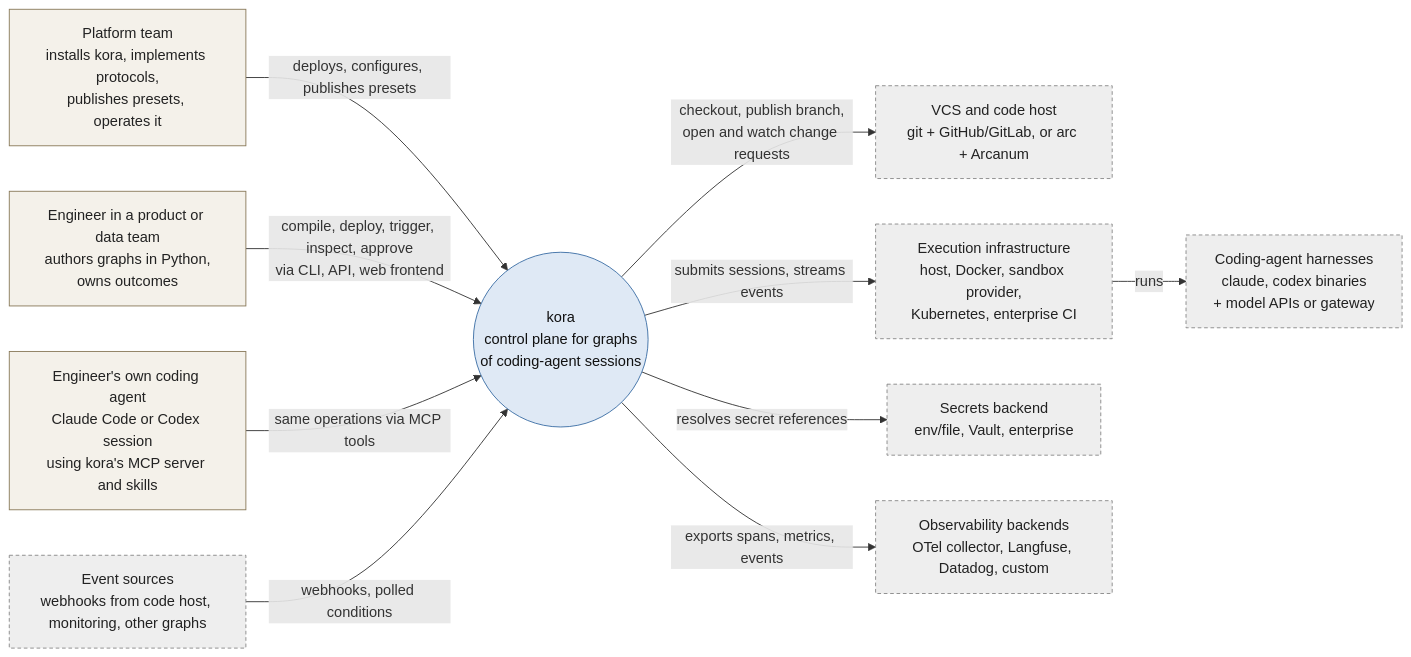
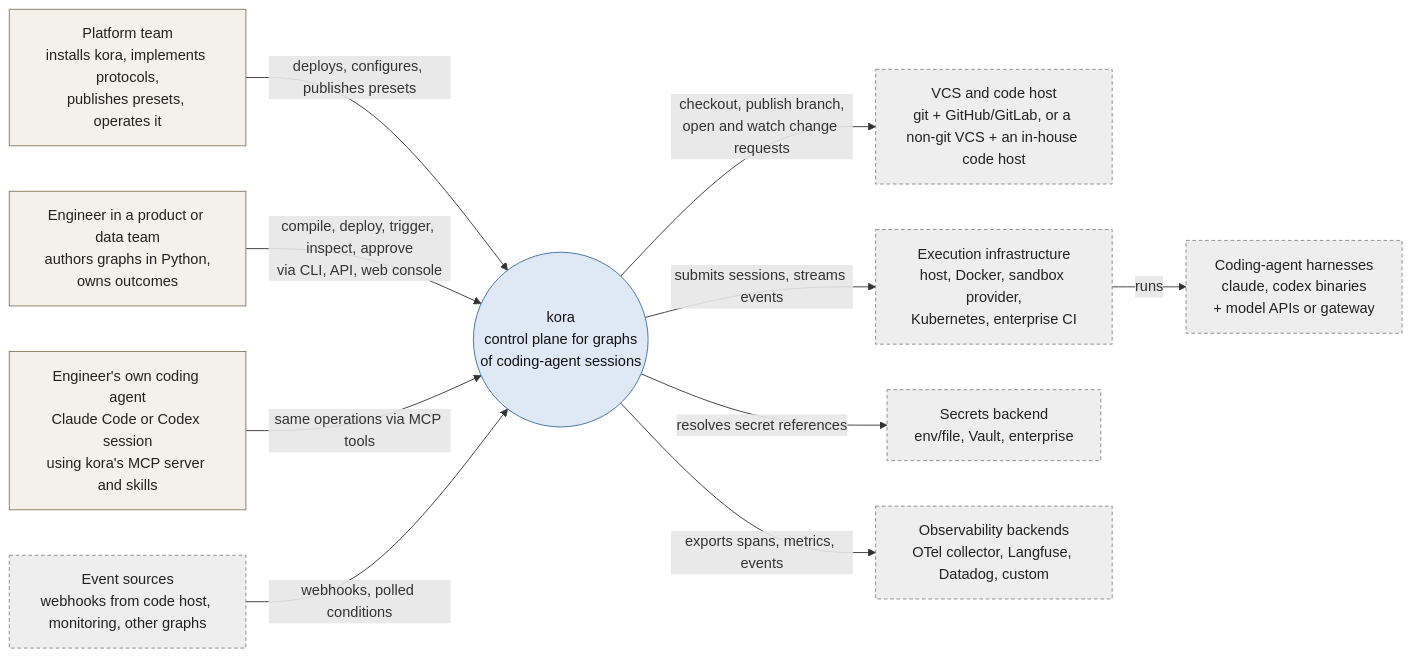
Before and after one commit to klukashka/kora: the first of 2 diagrams in docs/architecture.md, drawn with Mermaid. The commit also changed other lines of this file and 45 other files, not shown here.

````diff
--- a/docs/architecture.md
+++ b/docs/architecture.md
@@ -11,29 +11,29 @@
 ```mermaid
 flowchart LR
     classDef person fill:#f4f1ea,stroke:#8a7a5a,color:#222
     classDef system fill:#dfe9f5,stroke:#3b6ea5,color:#111
     classDef ext fill:#eeeeee,stroke:#888,color:#222,stroke-dasharray: 4 3
 
     PT[Platform team<br/>installs kora, implements protocols,<br/>publishes presets, operates it]:::person
     ENG[Engineer in a product or data team<br/>authors graphs in Python,<br/>owns outcomes]:::person
     UA[Engineer's own coding agent<br/>Claude Code or Codex session<br/>using kora's MCP server and skills]:::person
 
     KORA((kora<br/>control plane for graphs<br/>of coding-agent sessions)):::system
 
     HARN[Coding-agent harnesses<br/>claude, codex binaries<br/>+ model APIs or gateway]:::ext
-    VCS[VCS and code host<br/>git + GitHub/GitLab, or arc + Arcanum]:::ext
+    VCS[VCS and code host<br/>git + GitHub/GitLab, or a non-git VCS + an in-house code host]:::ext
     RT[Execution infrastructure<br/>host, Docker, sandbox provider,<br/>Kubernetes, enterprise CI]:::ext
     SEC[Secrets backend<br/>env/file, Vault, enterprise]:::ext
     OBS[Observability backends<br/>OTel collector, Langfuse, Datadog, custom]:::ext
     SRC[Event sources<br/>webhooks from code host, monitoring, other graphs]:::ext
 
     PT -->|deploys, configures, publishes presets| KORA
-    ENG -->|compile, deploy, trigger, inspect, approve<br/>via CLI, API, web frontend| KORA
+    ENG -->|compile, deploy, trigger, inspect, approve<br/>via CLI, API, web console| KORA
     UA -->|same operations via MCP tools| KORA
     KORA -->|submits sessions, streams events| RT
     RT -->|runs| HARN
     KORA -->|checkout, publish branch,<br/>open and watch change requests| VCS
     KORA -->|resolves secret references| SEC
     KORA -->|exports spans, metrics, events| OBS
     SRC -->|webhooks, polled conditions| KORA
 ```
````
